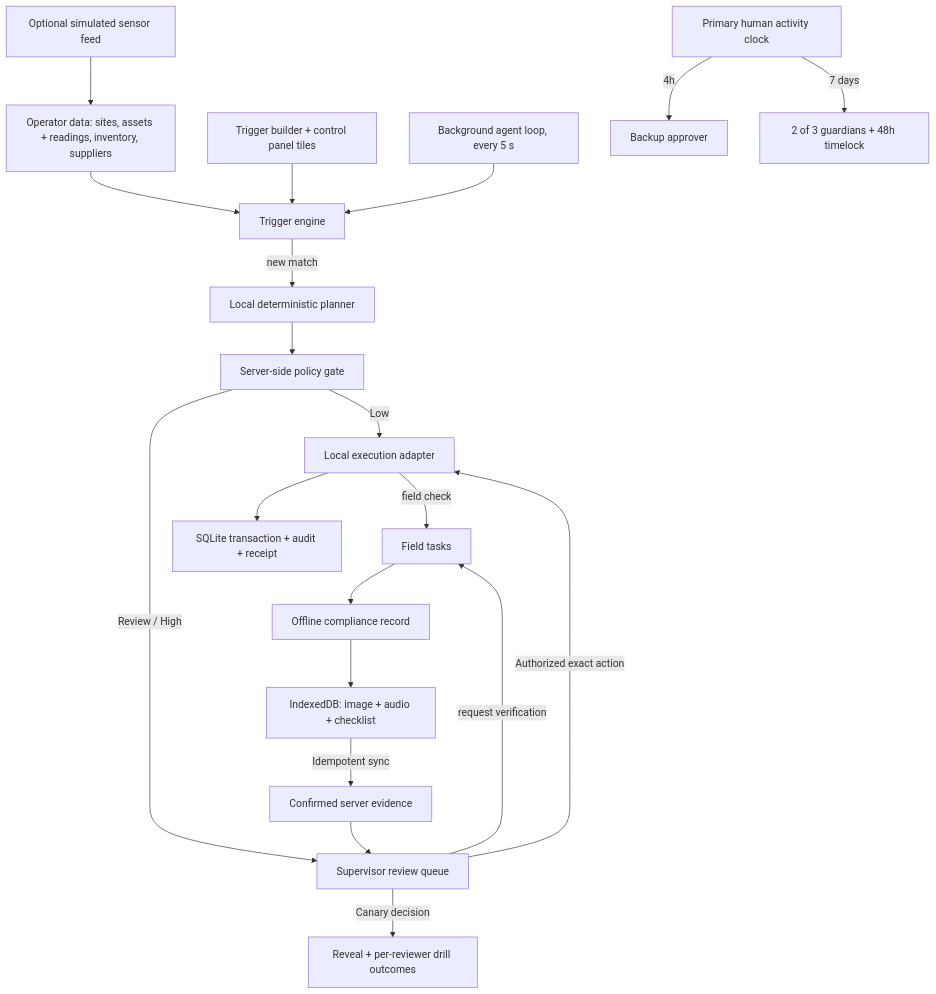
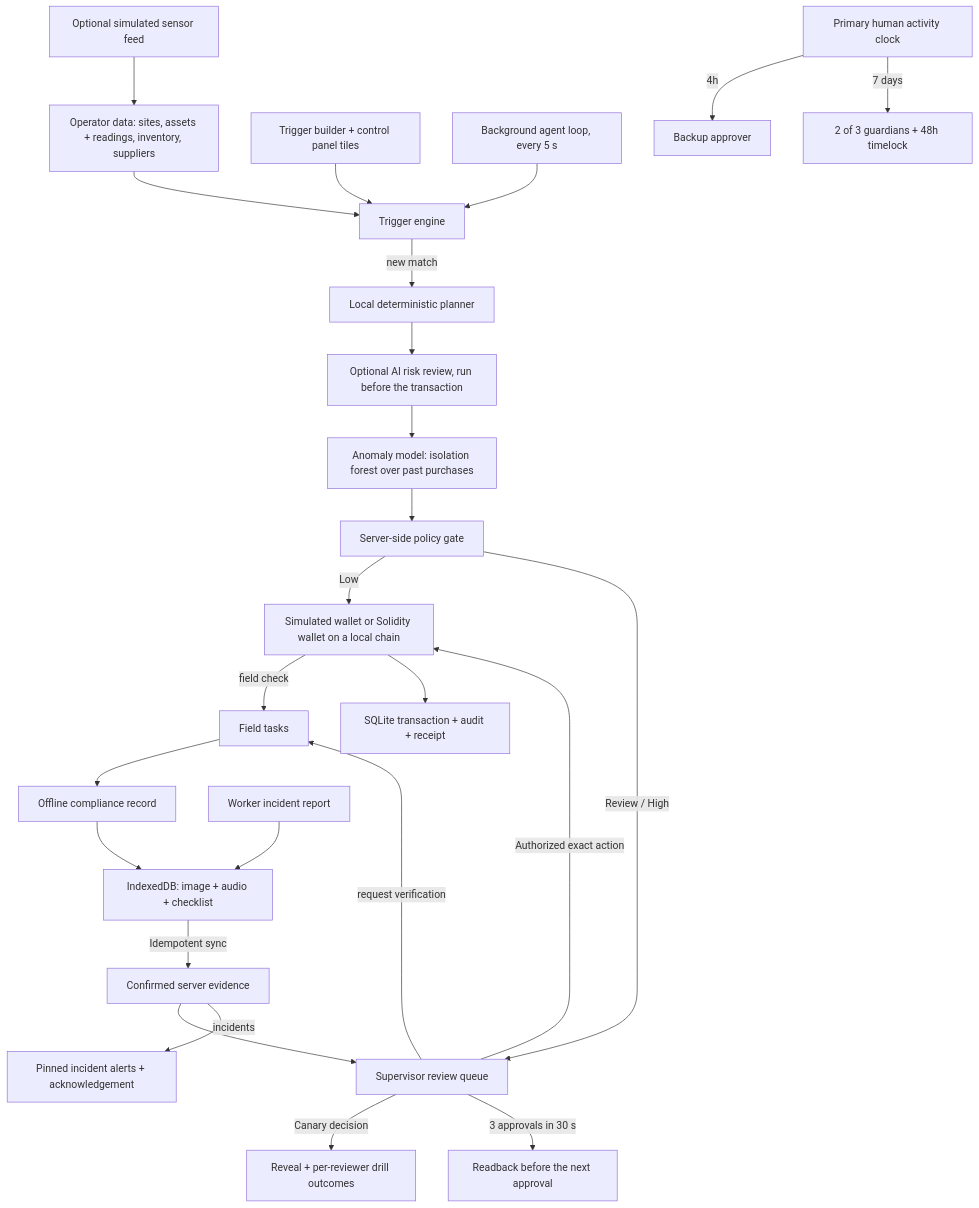
Before and after one commit to VIDITJAIN7/Bit-n-Build-: the diagram in docs/architecture.md, drawn with Mermaid. The commit also changed other lines of this file and 35 other files, not shown here.

````diff
--- a/docs/architecture.md
+++ b/docs/architecture.md
@@ -5,22 +5,27 @@
 ```mermaid
 flowchart TD
   Data[Operator data: sites, assets + readings, inventory, suppliers] --> Engine[Trigger engine]
   Feed[Optional simulated sensor feed] --> Data
   Builder[Trigger builder + control panel tiles] --> Engine
   Loop[Background agent loop, every 5 s] --> Engine
   Engine -->|new match| Planner[Local deterministic planner]
-  Planner --> Gate[Server-side policy gate]
-  Gate -->|Low| Execute[Local execution adapter]
+  Planner --> AI[Optional AI risk review, run before the transaction]
+  AI --> Model[Anomaly model: isolation forest over past purchases]
+  Model --> Gate[Server-side policy gate]
+  Gate -->|Low| Execute[Simulated wallet or Solidity wallet on a local chain]
   Gate -->|Review / High| Queue[Supervisor review queue]
   Execute -->|field check| Tasks[Field tasks]
   Queue -->|request verification| Tasks
   Tasks --> Field[Offline compliance record]
   Field --> IDB[IndexedDB: image + audio + checklist]
   IDB -->|Idempotent sync| Evidence[Confirmed server evidence]
   Evidence --> Queue
   Queue -->|Authorized exact action| Execute
   Queue -->|Canary decision| Drill[Reveal + per-reviewer drill outcomes]
+  Queue -->|3 approvals in 30 s| Pace[Readback before the next approval]
+  Worker[Worker incident report] --> IDB
+  Evidence -->|incidents| Alerts[Pinned incident alerts + acknowledgement]
   Execute --> DB[SQLite transaction + audit + receipt]
   Clock[Primary human activity clock] -->|4h| Backup[Backup approver]
   Clock -->|7 days| Recovery[2 of 3 guardians + 48h timelock]
 ```
````
